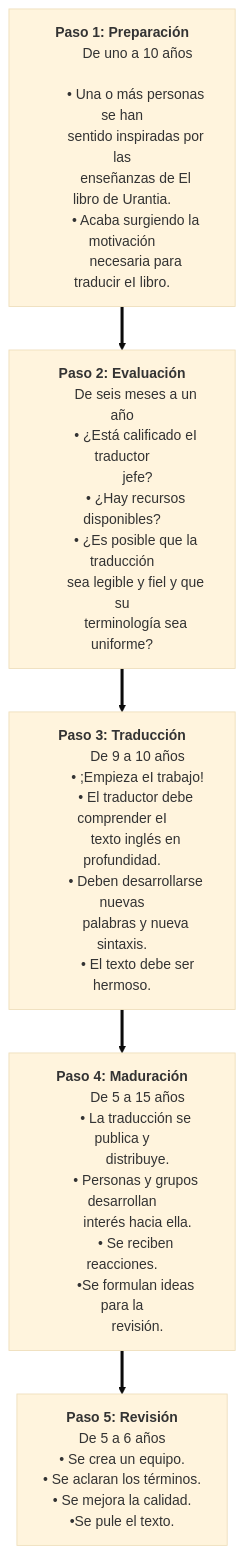
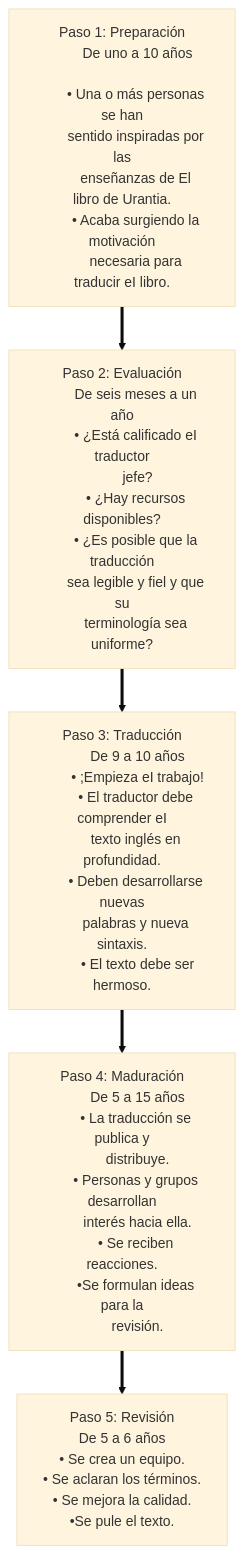
The diagram in output/wikijs/es/article/Marilynn_Kulieke/Creating_Translations_out_of_Love_Urantia_Foundations_Quality_Process.md (JanHerca/urantiapedia), drawn with Mermaid (base theme) before and after one commit. The commit also changed other lines of this file and 8 other files, not shown here.

````diff
--- a/output/wikijs/es/article/Marilynn_Kulieke/Creating_Translations_out_of_Love_Urantia_Foundations_Quality_Process.md
+++ b/output/wikijs/es/article/Marilynn_Kulieke/Creating_Translations_out_of_Love_Urantia_Foundations_Quality_Process.md
@@ -56,55 +58,55 @@
 ```mermaid
 flowchart TB
     P1["
-        <b>Paso 1: Preparación</b>
+        Paso 1: Preparación
         De uno a 10 años\n
         &bull; Una o más personas se han
         sentido inspiradas por las
         enseñanzas de El libro de Urantia.
         &bull; Acaba surgiendo la motivación
         necesaria para traducir eI libro.
     "]
     P2["
-        <b>Paso 2: Evaluación</b>
+        Paso 2: Evaluación
         De seis meses a un año
         &bull; ¿Está calificado eI traductor
         jefe?
         &bull; ¿Hay recursos disponibles?
         &bull; ¿Es posible que la traducción
         sea legible y fiel y que su
         terminología sea uniforme?
     "]
     P3["
-        <b>Paso 3: Traducción</b>
+        Paso 3: Traducción
         De 9 a 10 años
         &bull; ;Empieza eI trabajo!
         &bull; El traductor debe comprender eI
         texto inglés en profundidad.
         &bull; Deben desarrollarse nuevas
         palabras y nueva sintaxis.
          &bull; El texto debe ser hermoso.
     "]
     P4["
-        <b>Paso 4: Maduración</b>
+        Paso 4: Maduración
         De 5 a 15 años
         &bull; La traducción se publica y
         distribuye.
         &bull; Personas y grupos desarrollan
         interés hacia ella.
         &bull; Se reciben reacciones.
         &bull;Se formulan ideas para la
         revisión.
     "]
     P5["
-        <b>Paso 5: Revisión</b>
+        Paso 5: Revisión
         De 5 a 6 años
         &bull; Se crea un equipo.
         &bull; Se aclaran los términos.
         &bull; Se mejora la calidad.
         &bull;Se pule el texto.
     "]
     P1 ==> P2
     P2 ==> P3
     P3 ==> P4
     P4 ==> P5
 ```
````
